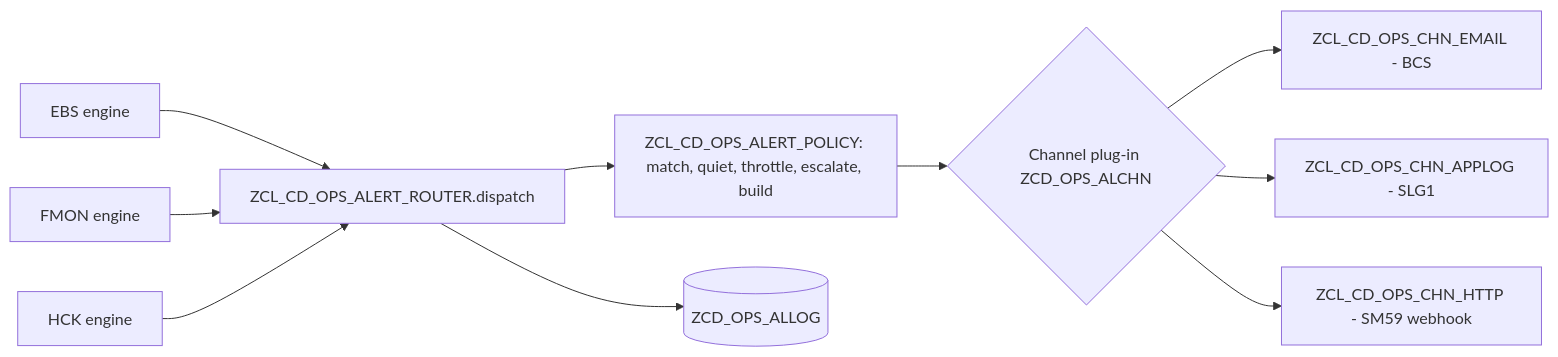
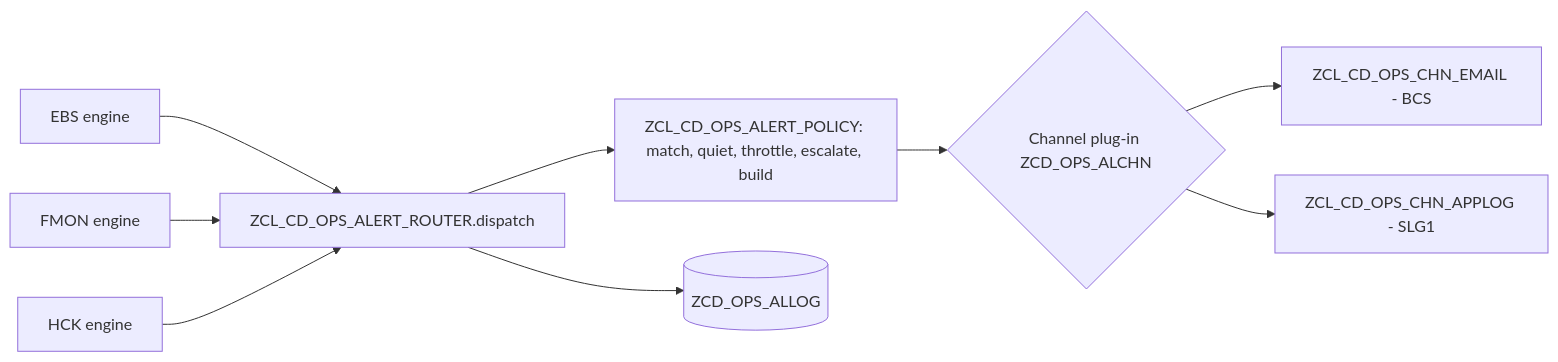
One commit to jaideep247/bai changed the diagram in ops-suite/docs/ALERTING.md. Above: the diagram before and after it, drawn with Mermaid. The commit also changed other lines of this file and 22 other files, not shown here.

````diff
--- a/ops-suite/docs/ALERTING.md
+++ b/ops-suite/docs/ALERTING.md
@@ -34,12 +34,11 @@
 ```mermaid
 flowchart LR
   EBS[EBS engine] --> R
   FMON[FMON engine] --> R
   HCK[HCK engine] --> R
   R[ZCL_CD_OPS_ALERT_ROUTER.dispatch] --> P[ZCL_CD_OPS_ALERT_POLICY: match, quiet, throttle, escalate, build]
   P --> C{Channel plug-in ZCD_OPS_ALCHN}
   C --> M[ZCL_CD_OPS_CHN_EMAIL - BCS]
   C --> L[ZCL_CD_OPS_CHN_APPLOG - SLG1]
-  C --> H[ZCL_CD_OPS_CHN_HTTP - SM59 webhook]
   R --> LOG[(ZCD_OPS_ALLOG)]
 ```
````
